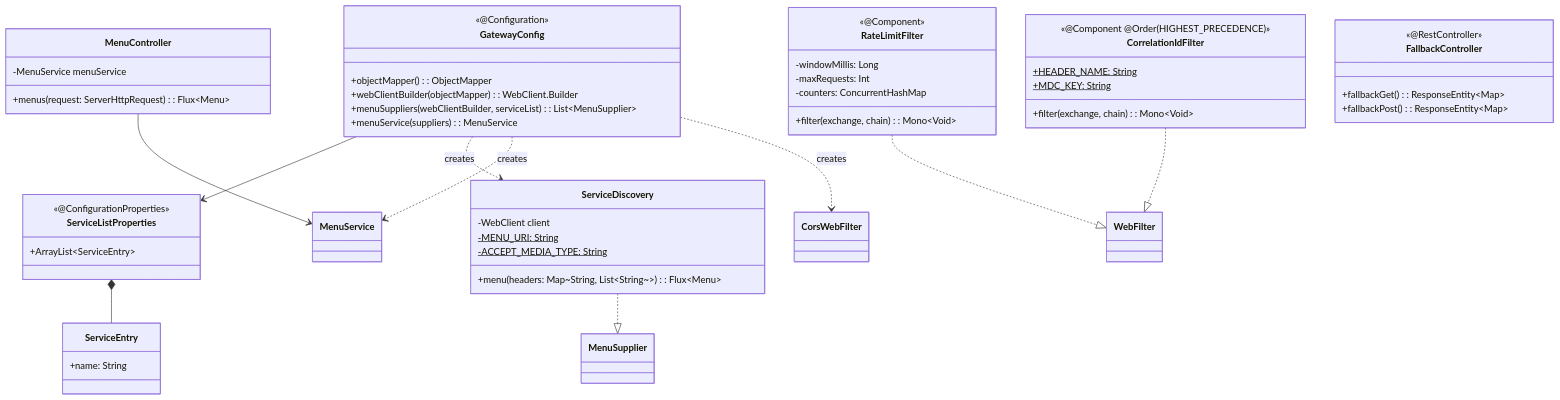
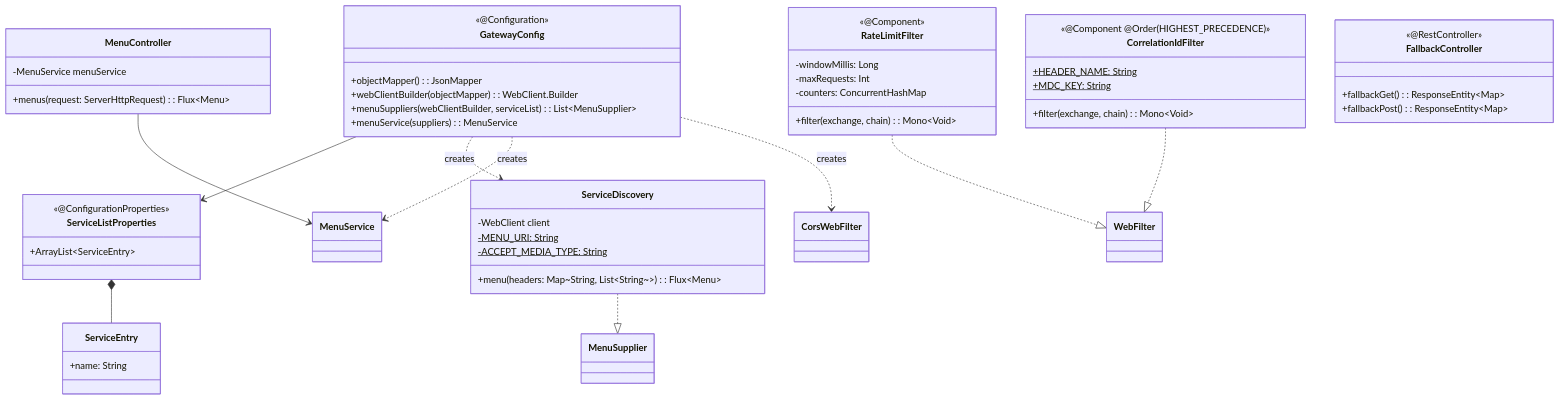
Before and after one commit to sayaya1090/handbook: the second of 2 diagrams in gateway/CLASS-DIAGRAM.md, drawn with Mermaid. The commit also changed 7 other files, not shown here.

````diff
--- a/gateway/CLASS-DIAGRAM.md
+++ b/gateway/CLASS-DIAGRAM.md
@@ -22,63 +22,63 @@
 ```mermaid
 classDiagram
     class MenuController {
         -MenuService menuService
         +menus(request: ServerHttpRequest): Flux~Menu~
     }
 
     class ServiceDiscovery {
         -WebClient client
         +menu(headers: Map~String, List~String~~): Flux~Menu~
         -MENU_URI: String$
         -ACCEPT_MEDIA_TYPE: String$
     }
 
     class ServiceListProperties {
         <<@ConfigurationProperties>>
         +ArrayList~ServiceEntry~
     }
 
     class ServiceEntry {
         +name: String
     }
 
     class GatewayConfig {
         <<@Configuration>>
-        +objectMapper(): ObjectMapper
+        +objectMapper(): JsonMapper
         +webClientBuilder(objectMapper): WebClient.Builder
         +menuSuppliers(webClientBuilder, serviceList): List~MenuSupplier~
         +menuService(suppliers): MenuService
     }
 
     ServiceDiscovery ..|> MenuSupplier
     MenuController --> MenuService
     ServiceListProperties *-- ServiceEntry
     class RateLimitFilter {
         <<@Component>>
         -windowMillis: Long
         -maxRequests: Int
         -counters: ConcurrentHashMap
         +filter(exchange, chain): Mono~Void~
     }
 
     class CorrelationIdFilter {
         <<@Component @Order(HIGHEST_PRECEDENCE)>>
         +HEADER_NAME: String$
         +MDC_KEY: String$
         +filter(exchange, chain): Mono~Void~
     }
 
     class FallbackController {
         <<@RestController>>
         +fallbackGet(): ResponseEntity~Map~
         +fallbackPost(): ResponseEntity~Map~
     }
 
     RateLimitFilter ..|> WebFilter
     CorrelationIdFilter ..|> WebFilter
 
     GatewayConfig --> ServiceListProperties
     GatewayConfig ..> ServiceDiscovery : creates
     GatewayConfig ..> MenuService : creates
     GatewayConfig ..> CorsWebFilter : creates
 ```
````
